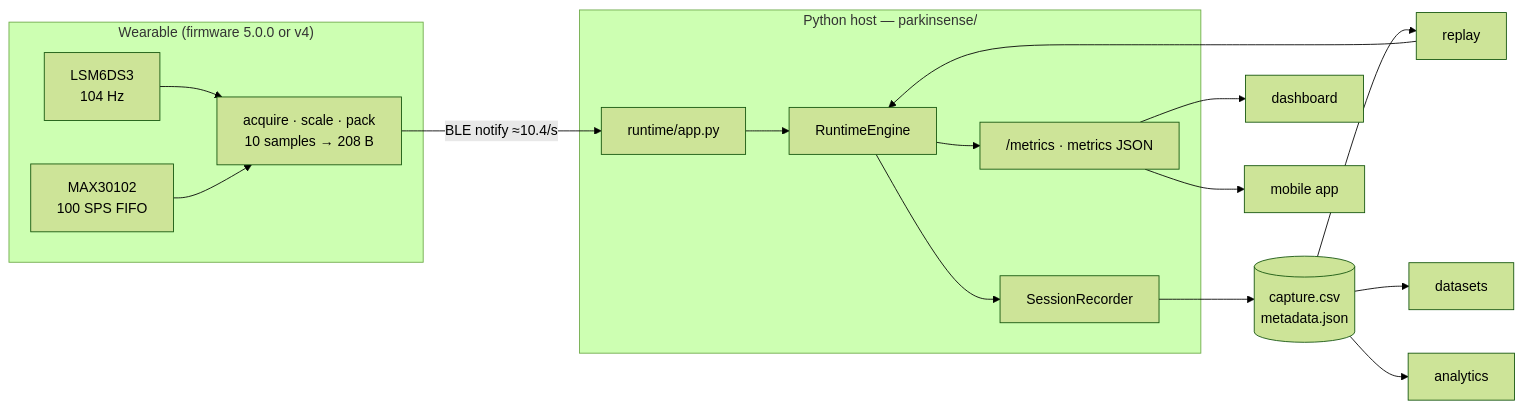
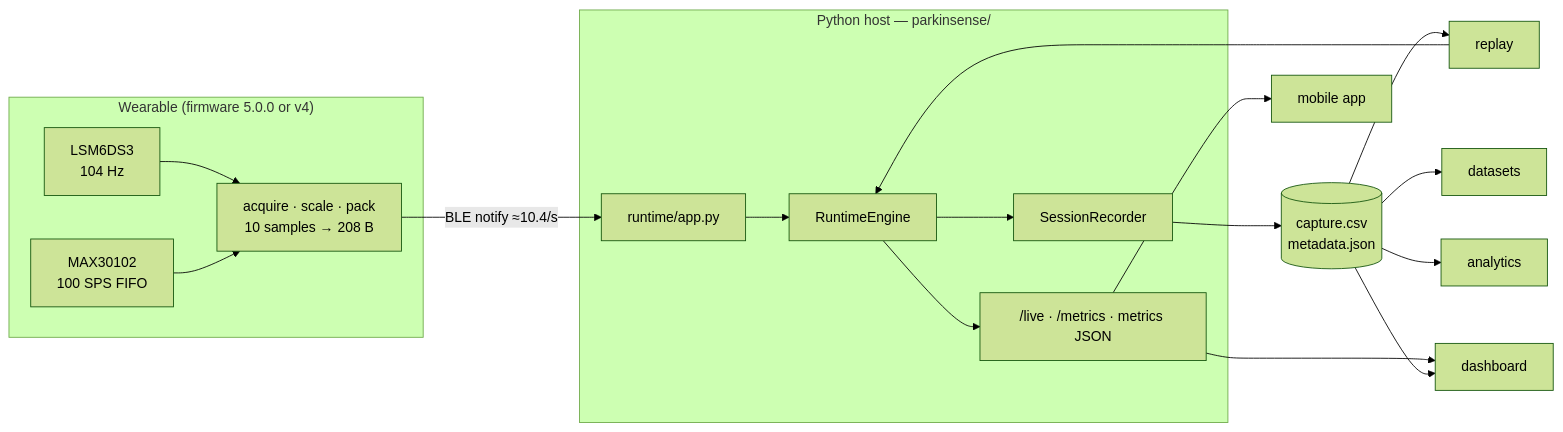
The first of 2 diagrams in docs/architecture/ARCHITECTURE.md (sudo-pranshu/ParkinSense), drawn with Mermaid (forest theme) before and after one commit. The commit also changed 45 other files, not shown here.

````diff
--- a/docs/architecture/ARCHITECTURE.md
+++ b/docs/architecture/ARCHITECTURE.md
@@ -14,19 +14,20 @@
 ```mermaid
 flowchart LR
   subgraph Wearable["Wearable (firmware 5.0.0 or v4)"]
     IMU["LSM6DS3<br/>104 Hz"] --> FW["acquire · scale · pack<br/>10 samples → 208 B"]
     PPG["MAX30102<br/>100 SPS FIFO"] --> FW
   end
   FW -- "BLE notify ≈10.4/s" --> APP["runtime/app.py"]
   subgraph Host["Python host — parkinsense/"]
     APP --> ENG["RuntimeEngine"]
     ENG --> REC["SessionRecorder"]
-    ENG --> API["/metrics · metrics JSON"]
+    ENG --> API["/live · /metrics · metrics JSON"]
   end
   REC --> CSV[("capture.csv<br/>metadata.json")]
   CSV --> RP["replay"] --> ENG
   CSV --> DS["datasets"]
   CSV --> AN["analytics"]
   API --> DASH["dashboard"]
+  CSV --> DASH
   API --> MOB["mobile app"]
 ```
````
